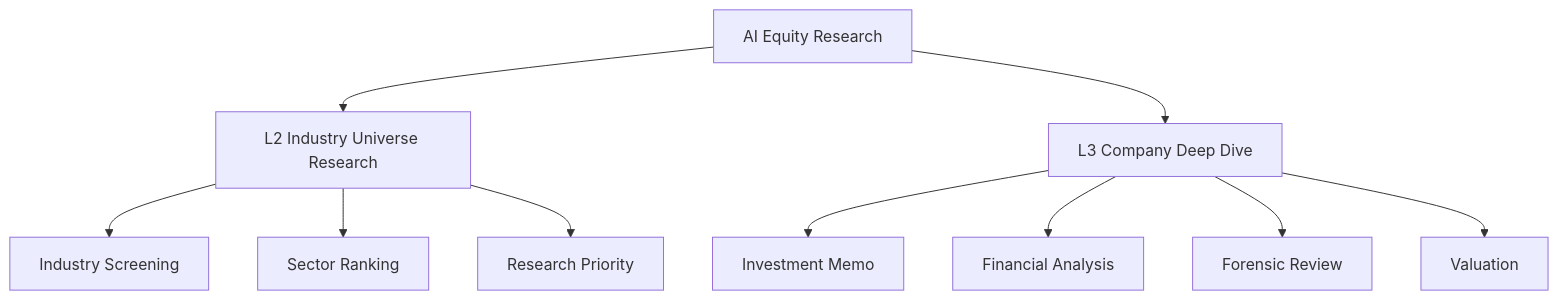
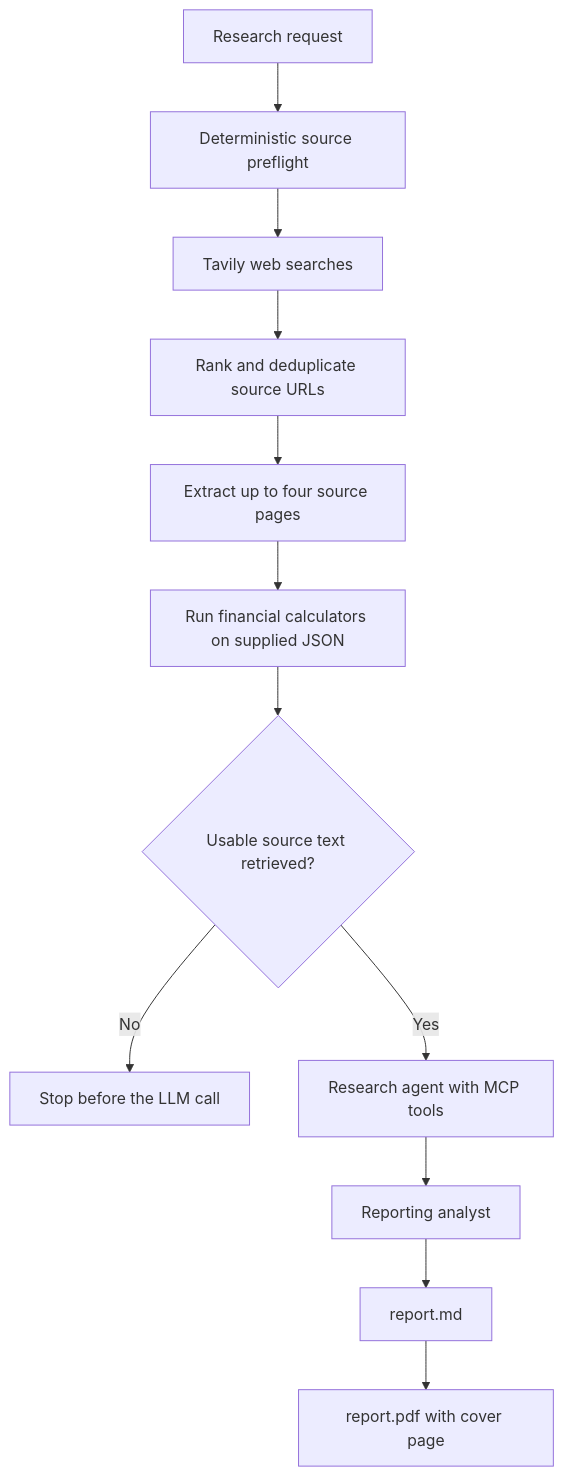
The diagram in IT-Projects/AI Equity research agent/README.md (ian-dmello/executive-case-studies), drawn with Mermaid before and after one commit. The commit also changed other lines of this file, not shown here.

````diff
--- a/IT-Projects/AI Equity research agent/README.md
+++ b/IT-Projects/AI Equity research agent/README.md
@@ -55,15 +22,14 @@
 ```mermaid
 flowchart TD
-    A[AI Equity Research]
-    A --> B[L2 Industry Universe Research]
-    A --> C[L3 Company Deep Dive]
-
-    B --> B1[Industry Screening]
-    B --> B2[Sector Ranking]
-    B --> B3[Research Priority]
-
-    C --> C1[Investment Memo]
-    C --> C2[Financial Analysis]
-    C --> C3[Forensic Review]
-    C --> C4[Valuation]
+    A[Research request] --> B[Deterministic source preflight]
+    B --> C[Tavily web searches]
+    C --> D[Rank and deduplicate source URLs]
+    D --> E[Extract up to four source pages]
+    E --> F[Run financial calculators on supplied JSON]
+    F --> G{Usable source text retrieved?}
+    G -- No --> H[Stop before the LLM call]
+    G -- Yes --> I[Research agent with MCP tools]
+    I --> J[Reporting analyst]
+    J --> K[report.md]
+    K --> L[report.pdf with cover page]
 ```
````
